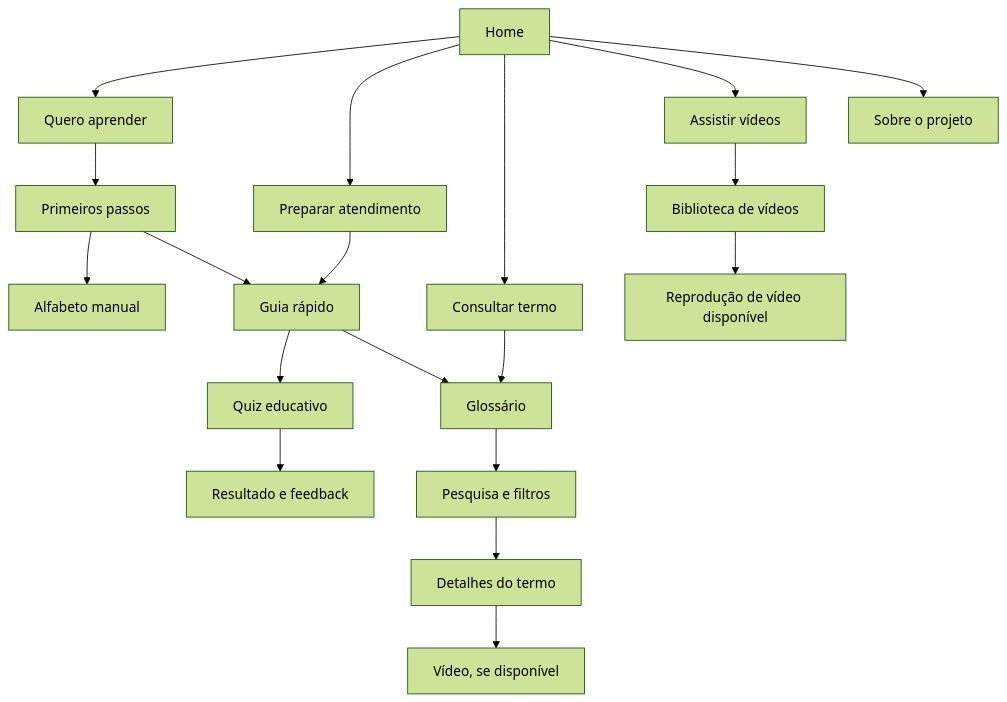
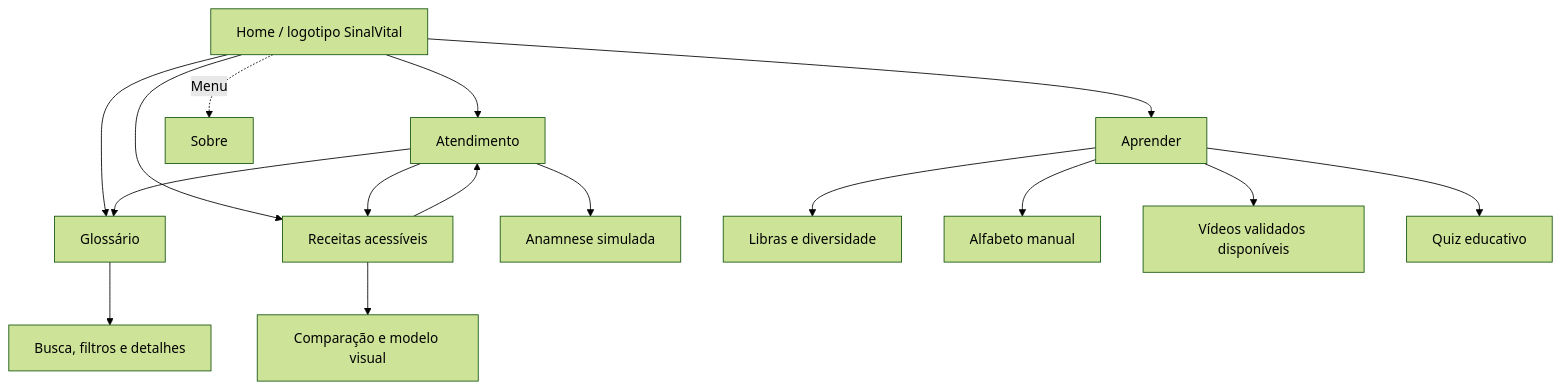
Before and after one commit to alineopinho/sinalvital: the diagram in docs/02_fluxo-navegacao.md, drawn with Mermaid (forest theme). The commit also changed other lines of this file and 22 other files, not shown here.

Commit message:
feat: integrar interface e funcionalidades do SinalVital

````diff
--- a/docs/02_fluxo-navegacao.md
+++ b/docs/02_fluxo-navegacao.md
@@ -14,21 +26,18 @@
 ```mermaid
 flowchart TD
-    H["Home"] --> A["Quero aprender"]
-    H --> B["Preparar atendimento"]
-    H --> C["Consultar termo"]
-    H --> D["Assistir vídeos"]
-    A --> P["Primeiros passos"]
-    P --> AL["Alfabeto manual"]
-    P --> G["Guia rápido"]
-    B --> G
-    G --> Q["Quiz educativo"]
-    Q --> R["Resultado e feedback"]
-    G --> GL["Glossário"]
-    C --> GL
-    GL --> F["Pesquisa e filtros"]
-    F --> T["Detalhes do termo"]
-    T --> M["Vídeo, se disponível"]
-    D --> V["Biblioteca de vídeos"]
-    V --> VD["Reprodução de vídeo disponível"]
-    H --> S["Sobre o projeto"]
+    H["Home / logotipo SinalVital"] --> A["Atendimento"]
+    H --> R["Receitas acessíveis"]
+    H --> G["Glossário"]
+    H --> L["Aprender"]
+    H -. "Menu" .-> S["Sobre"]
+    A --> AN["Anamnese simulada"]
+    A --> G
+    A --> R
+    R --> EX["Comparação e modelo visual"]
+    R --> A
+    G --> FD["Busca, filtros e detalhes"]
+    L --> LB["Libras e diversidade"]
+    L --> AL["Alfabeto manual"]
+    L --> VD["Vídeos validados disponíveis"]
+    L --> Q["Quiz educativo"]
 ```
````
